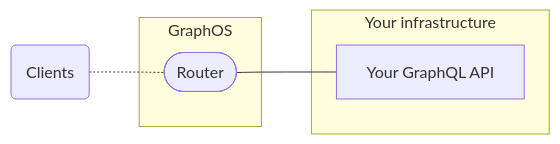
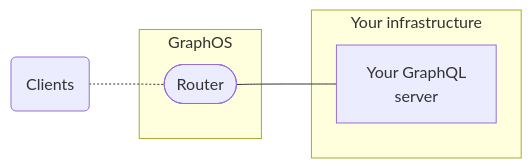
The second of 5 diagrams in src/content/graphos/basics/graphs/index.mdx (apollographql/docs), drawn with Mermaid before and after one commit. The commit also changed other lines of this file and 3 other files, not shown here.

Commit message:
Minor wording tweaks to GraphOS docs

````diff
--- a/src/content/graphos/basics/graphs/index.mdx
+++ b/src/content/graphos/basics/graphs/index.mdx
@@ -99,13 +99,13 @@
 ```mermaid
 flowchart LR;
   clients(Clients);
   subgraph "GraphOS";
   router(["Router"]);
   end;
   subgraph "Your infrastructure";
-  api[Your GraphQL API];
+  api["Your GraphQL<br/>server"];
   router --- api
   end;
   clients -.- router;
   class clients secondary;
 ```
````
